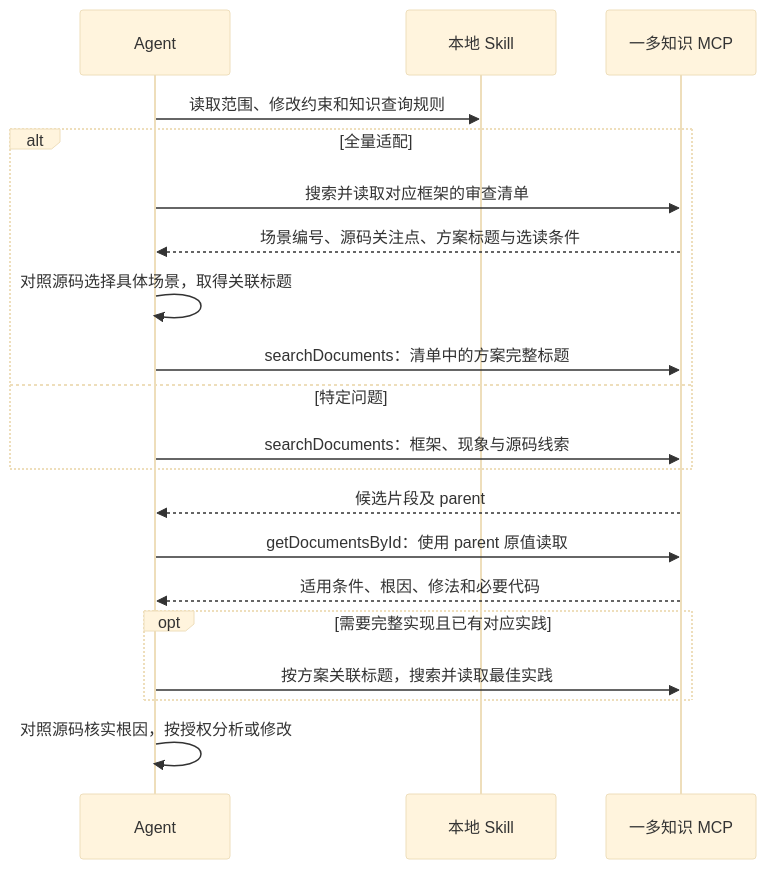
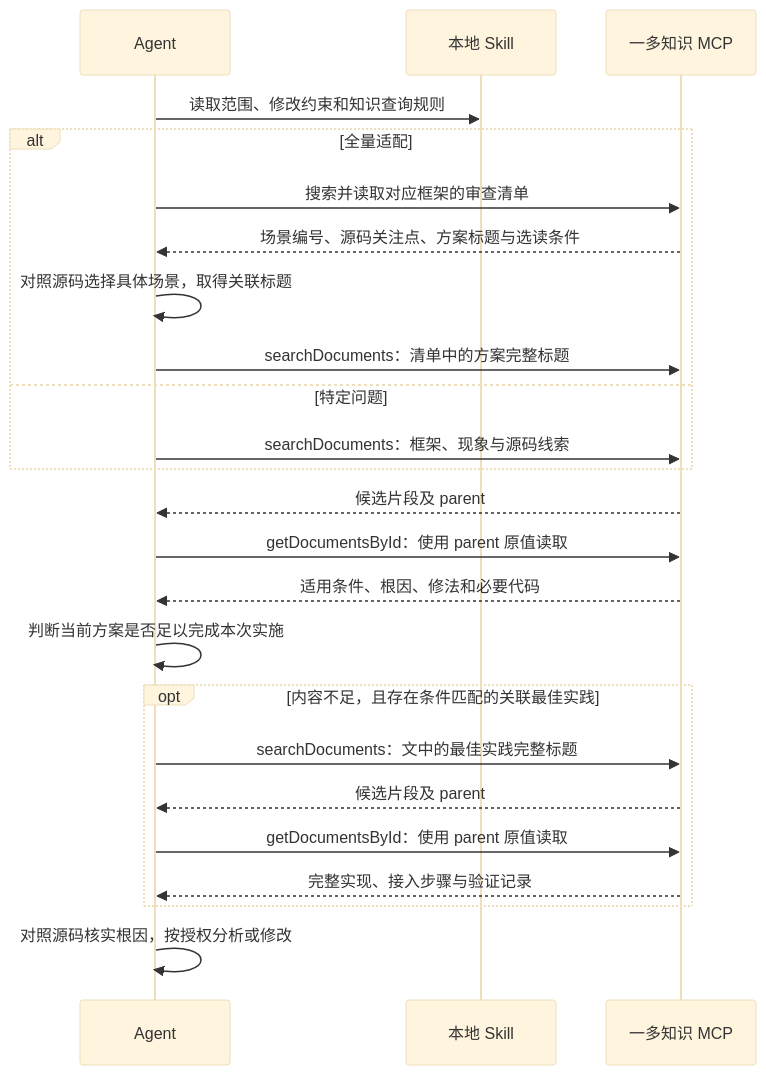
Before and after one commit to ilubuntu/mcptest: the third of 3 diagrams in 一多知识库设计.md, drawn with Mermaid (base theme). The commit also changed other lines of this file and 8 other files, not shown here.

````diff
--- a/一多知识库设计.md
+++ b/一多知识库设计.md
@@ -251,22 +268,26 @@
 ```mermaid
 sequenceDiagram
     participant A as Agent
     participant L as 本地 Skill
     participant M as 一多知识 MCP
     A->>L: 读取范围、修改约束和知识查询规则
     alt 全量适配
         A->>M: 搜索并读取对应框架的审查清单
         M-->>A: 场景编号、源码关注点、方案标题与选读条件
         A->>A: 对照源码选择具体场景，取得关联标题
         A->>M: searchDocuments：清单中的方案完整标题
     else 特定问题
         A->>M: searchDocuments：框架、现象与源码线索
     end
     M-->>A: 候选片段及 parent
     A->>M: getDocumentsById：使用 parent 原值读取
     M-->>A: 适用条件、根因、修法和必要代码
-    opt 需要完整实现且已有对应实践
-        A->>M: 按方案关联标题，搜索并读取最佳实践
+    A->>A: 判断当前方案是否足以完成本次实施
+    opt 内容不足，且存在条件匹配的关联最佳实践
+        A->>M: searchDocuments：文中的最佳实践完整标题
+        M-->>A: 候选片段及 parent
+        A->>M: getDocumentsById：使用 parent 原值读取
+        M-->>A: 完整实现、接入步骤与验证记录
     end
     A->>A: 对照源码核实根因，按授权分析或修改
 ```
````
